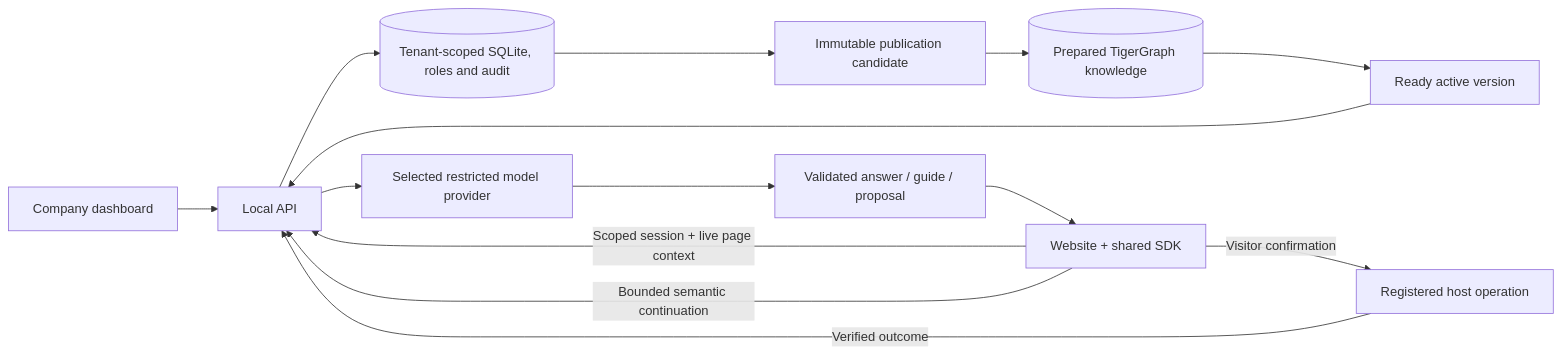
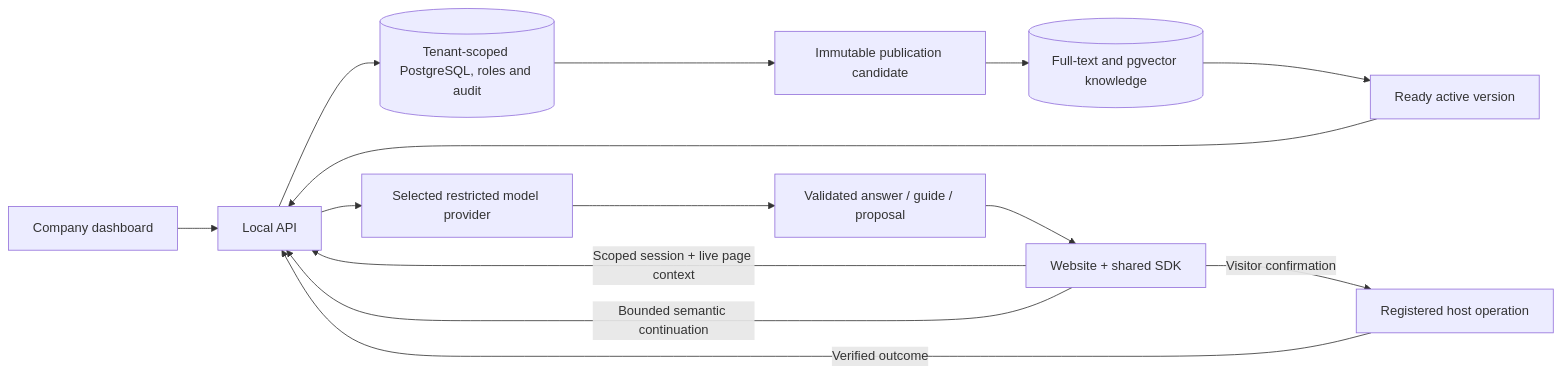
The diagram in README.md (Nithesh8678/guidekit), drawn with Mermaid before and after one commit. The commit also changed other lines of this file and 4 other files, not shown here.

Commit message:
Document the startup data architecture and guarded PostgreSQL cutover

````diff
--- a/README.md
+++ b/README.md
@@ -58,16 +58,16 @@
 ```mermaid
 flowchart LR
   Dashboard[Company dashboard] --> API[Local API]
-  API --> Store[(Tenant-scoped SQLite, roles and audit)]
+  API --> Store[(Tenant-scoped PostgreSQL, roles and audit)]
   Store --> Candidate[Immutable publication candidate]
-  Candidate --> Graph[(Prepared TigerGraph knowledge)]
+  Candidate --> Graph[(Full-text and pgvector knowledge)]
   Graph --> Version[Ready active version]
   Website[Website + shared SDK] -->|Scoped session + live page context| API
   Version --> API
   API --> Runtime[Selected restricted model provider]
   Runtime --> Plan[Validated answer / guide / proposal]
   Plan --> Website
   Website -->|Bounded semantic continuation| API
   Website -->|Visitor confirmation| Host[Registered host operation]
   Host -->|Verified outcome| API
 ```
````
